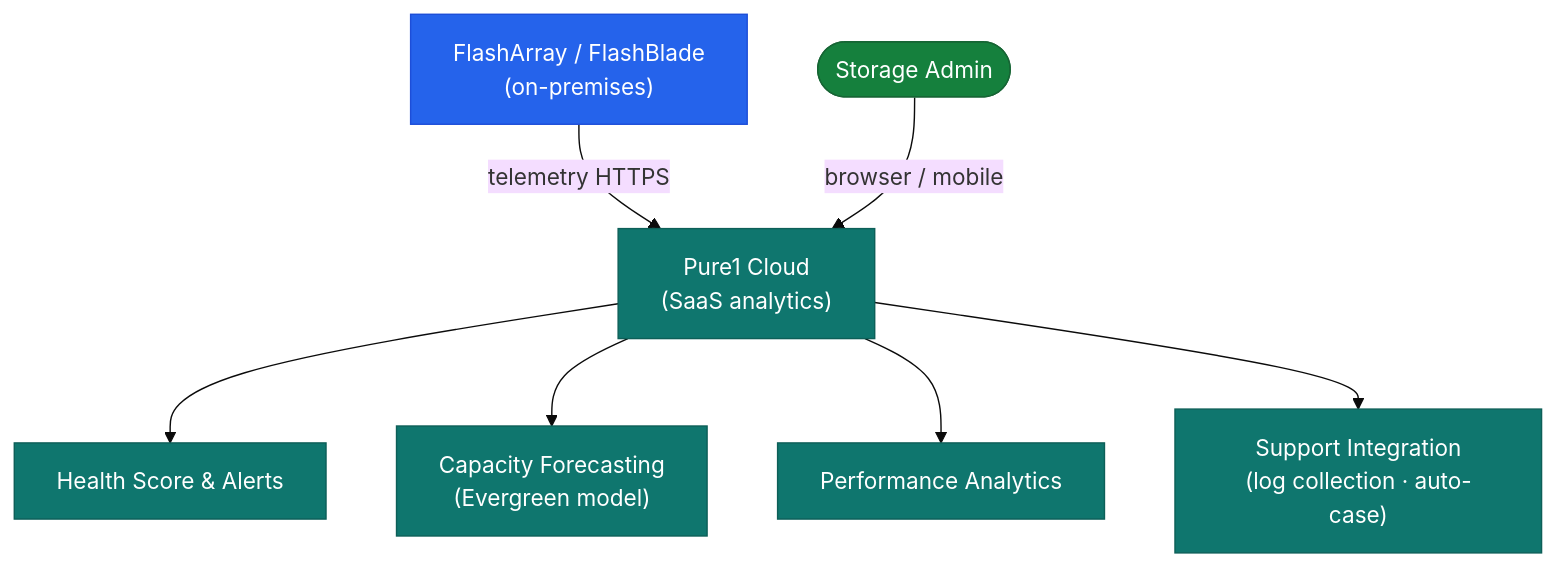
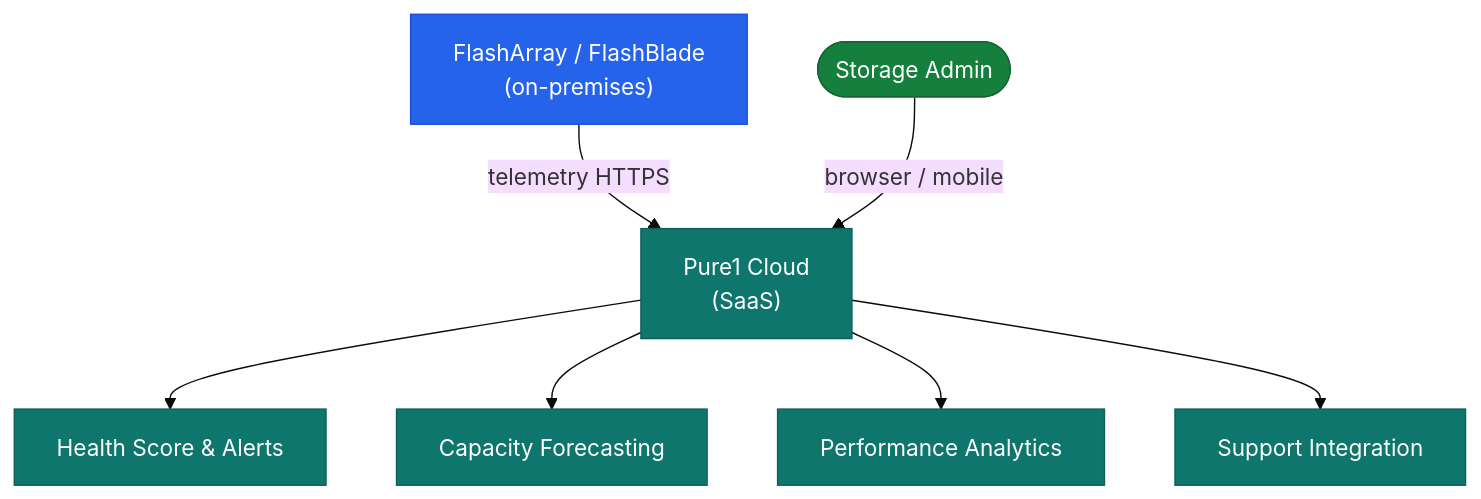
The diagram in docs/monitoring/pure1/architecture/index.md (canast01/chris-kb), drawn with Mermaid (base theme) before and after one commit. The commit also changed other lines of this file and 38 other files, not shown here.

First line of the commit message:
Migrate 7 critical architecture pages and fix minor card descriptions

````diff
--- a/docs/monitoring/pure1/architecture/index.md
+++ b/docs/monitoring/pure1/architecture/index.md
@@ -8,15 +27,15 @@
 ```mermaid
 graph TB
-  FA["FlashArray / FlashBlade\n(on-premises)"] -->|"telemetry HTTPS"| PURE1["Pure1 Cloud\n(SaaS analytics)"]
+  FA["FlashArray / FlashBlade\n(on-premises)"] -->|"telemetry HTTPS"| PURE1["Pure1 Cloud\n(SaaS)"]
   PURE1 --> HEALTH["Health Score & Alerts"]
-  PURE1 --> CAP["Capacity Forecasting\n(Evergreen model)"]
+  PURE1 --> CAP["Capacity Forecasting"]
   PURE1 --> PERF["Performance Analytics"]
-  PURE1 --> SUP["Support Integration\n(log collection · auto-case)"]
+  PURE1 --> SUP["Support Integration"]
   ADMIN(["Storage Admin"]) -->|"browser / mobile"| PURE1
   classDef ctrl fill:#2563eb,stroke:#1d4ed8,color:#fff
   classDef cloud fill:#0f766e,stroke:#0d5f58,color:#fff
   classDef host fill:#15803d,stroke:#166534,color:#fff
   class FA ctrl
   class PURE1,HEALTH,CAP,PERF,SUP cloud
   class ADMIN host
 ```
````
